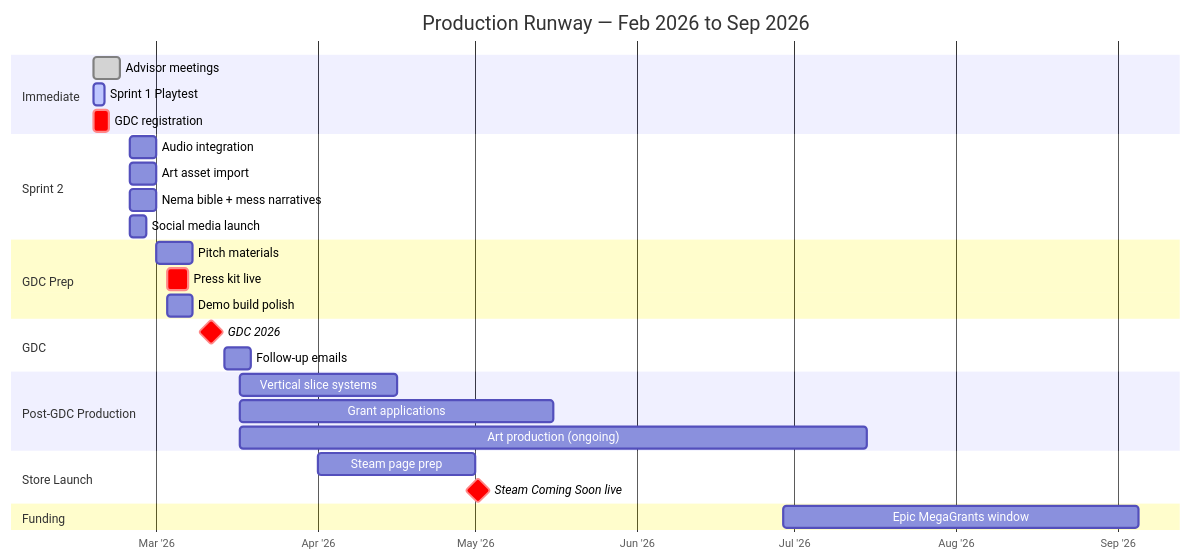
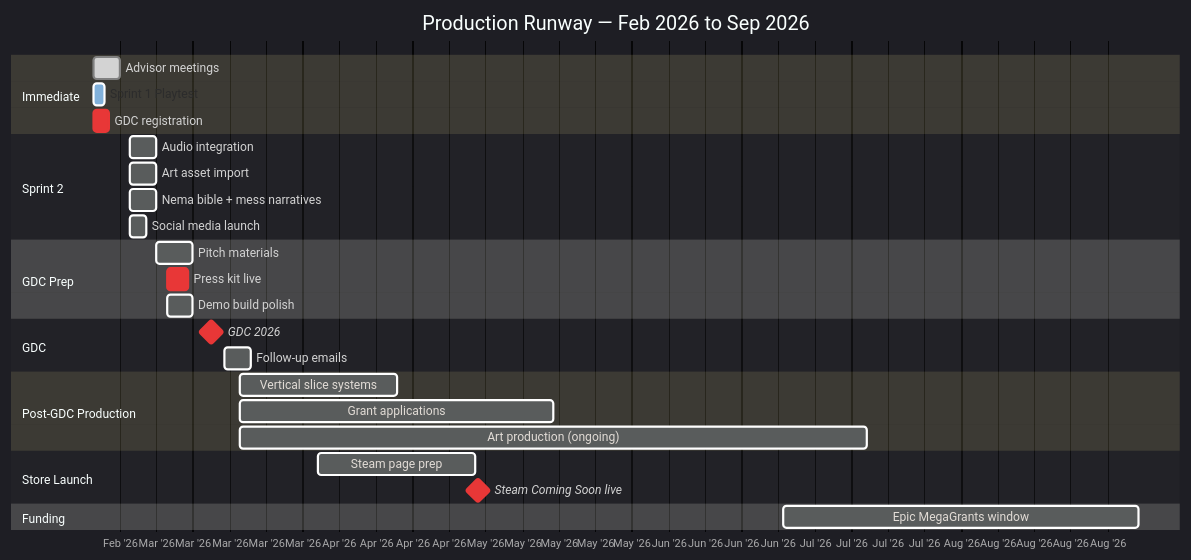
Diagram 13 of 13 in PRODUCTION_RUNWAY.md (MartyChouette/iris_v3.0), drawn with Mermaid before and after one commit. The commit also changed 1 other file, not shown here.

Commit message:
fix: master timeline full-width — useMaxWidth false, weekly ticks, mermaid-wide class

````diff
--- a/PRODUCTION_RUNWAY.md
+++ b/PRODUCTION_RUNWAY.md
@@ -596,38 +596,40 @@
 ```mermaid
+%%{init: {'theme': 'dark', 'gantt': {'useMaxWidth': false}} }%%
 gantt
     title Production Runway — Feb 2026 to Sep 2026
     dateFormat YYYY-MM-DD
     axisFormat %b '%y
+    tickInterval 1week
 
     section Immediate
     Advisor meetings            :done, 2026-02-17, 5d
     Sprint 1 Playtest           :active, 2026-02-17, 2d
     GDC registration            :crit, 2026-02-17, 3d
 
     section Sprint 2
     Audio integration           :2026-02-24, 5d
     Art asset import            :2026-02-24, 5d
     Nema bible + mess narratives:2026-02-24, 5d
     Social media launch         :2026-02-24, 3d
 
     section GDC Prep
     Pitch materials             :2026-03-01, 7d
     Press kit live              :crit, 2026-03-03, 4d
     Demo build polish           :2026-03-03, 5d
 
     section GDC
     GDC 2026                    :crit, milestone, 2026-03-09, 5d
     Follow-up emails            :2026-03-14, 5d
 
     section Post-GDC Production
     Vertical slice systems      :2026-03-17, 30d
     Grant applications          :2026-03-17, 60d
     Art production (ongoing)    :2026-03-17, 120d
 
     section Store Launch
     Steam page prep             :2026-04-01, 30d
     Steam Coming Soon live      :crit, milestone, 2026-05-01, 1d
 
     section Funding
     Epic MegaGrants window      :2026-06-29, 68d
 ```
````
